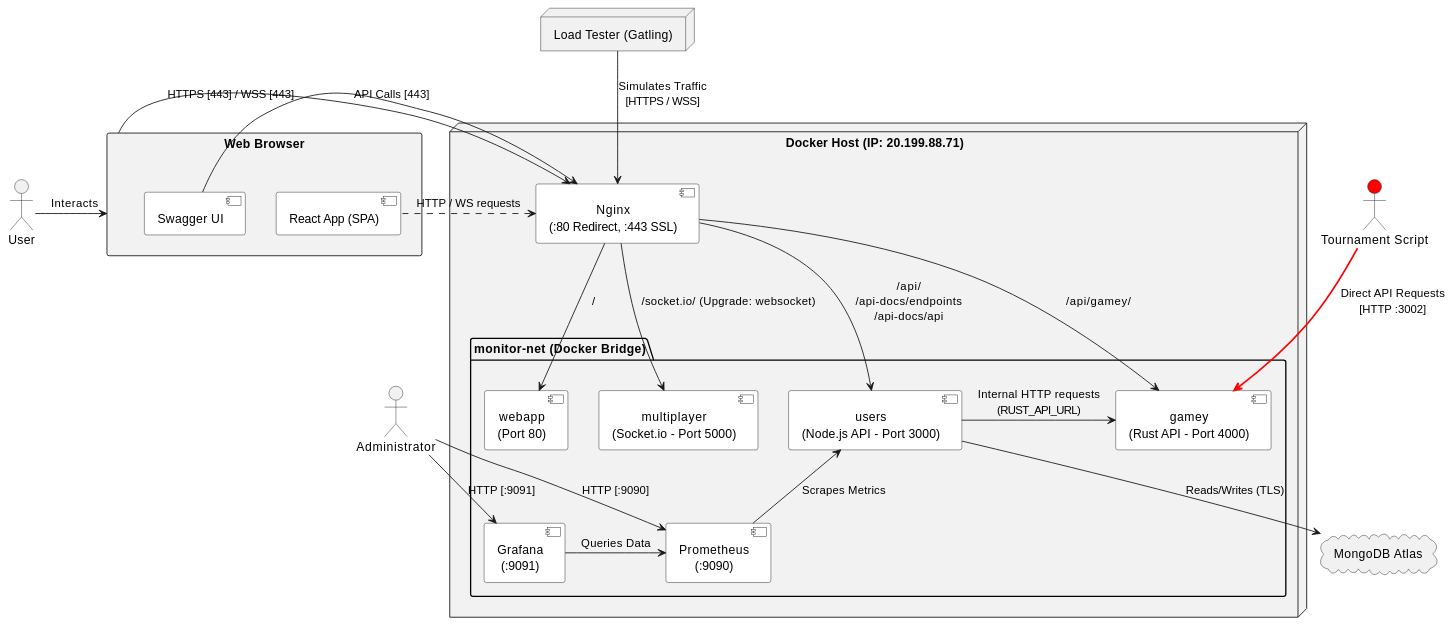
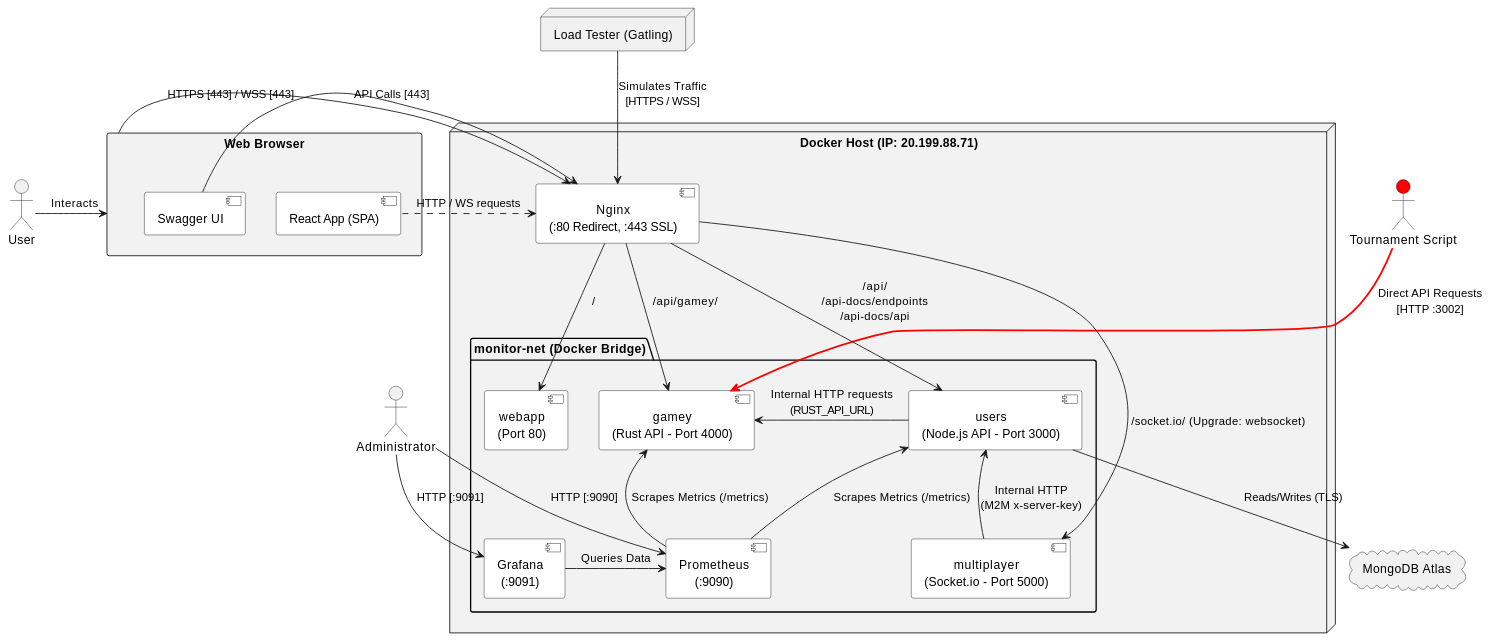
The second of 2 diagrams in docs/src/03_context_and_scope.adoc (Arquisoft/yovi_es1a), drawn with PlantUML before and after one commit. The commit also changed other lines of this file and 9 other files, not shown here.

```diff
--- a/docs/src/03_context_and_scope.adoc
+++ b/docs/src/03_context_and_scope.adoc
@@ -39,58 +39,62 @@
 [plantuml]
 ----
 @startuml
 skinparam componentStyle uml2
 skinparam componentBackgroundColor white
 skinparam packageBackgroundColor #F2F2F2
 skinparam defaultTextAlignment center
 
 actor "User" as user
 actor "Administrator" as admin
 actor "Tournament Script" as tourney #Red
 node "Load Tester (Gatling)" as gatling
 
 rectangle "Web Browser" as browser {
     component "React App (SPA)" as spa
     component "Swagger UI" as swagger
 }
 
 cloud "MongoDB Atlas" as mongo
 
 node "Docker Host (IP: 20.199.88.71)" {
     component "Nginx\n(:80 Redirect, :443 SSL)" as nginx
     
     package "monitor-net (Docker Bridge)" {
         component "webapp\n(Port 80)" as webapp
         component "users\n(Node.js API - Port 3000)" as users
         component "gamey\n(Rust API - Port 4000)" as gamey
         component "multiplayer\n(Socket.io - Port 5000)" as multi
 
         component "Grafana\n(:9091)" as graf
         component "Prometheus\n(:9090)" as prom
     }
 }
 
 
 user -> browser : Interacts
 browser -right-> nginx : HTTPS [443] / WSS [443]
 swagger -right-> nginx : API Calls [443]
 gatling -down-> nginx : Simulates Traffic\n[HTTPS / WSS]
 tourney -[#red,bold]down-> gamey : Direct API Requests\n[HTTP :3002]
 
 nginx --> webapp : " / "
 nginx --> users : " /api/ \n /api-docs/endpoints \n /api-docs/api "
 nginx --> gamey : " /api/gamey/ "
 nginx --> multi : " /socket.io/ (Upgrade: websocket)"
 
 spa .up.> nginx : HTTP / WS requests
+
 users -right-> gamey : Internal HTTP requests\n(RUST_API_URL)
+multi -up-> users : Internal HTTP\n(M2M x-server-key)
 
 users --> mongo : Reads/Writes (TLS)
 
 admin --> graf : HTTP [:9091]
 admin --> prom : HTTP [:9090]
 graf -> prom : Queries Data
-prom -up-> users : Scrapes Metrics
+
+prom -up-> users : Scrapes Metrics (/metrics)
+prom -up-> gamey : Scrapes Metrics (/metrics)
 
 @enduml
 ----
```
